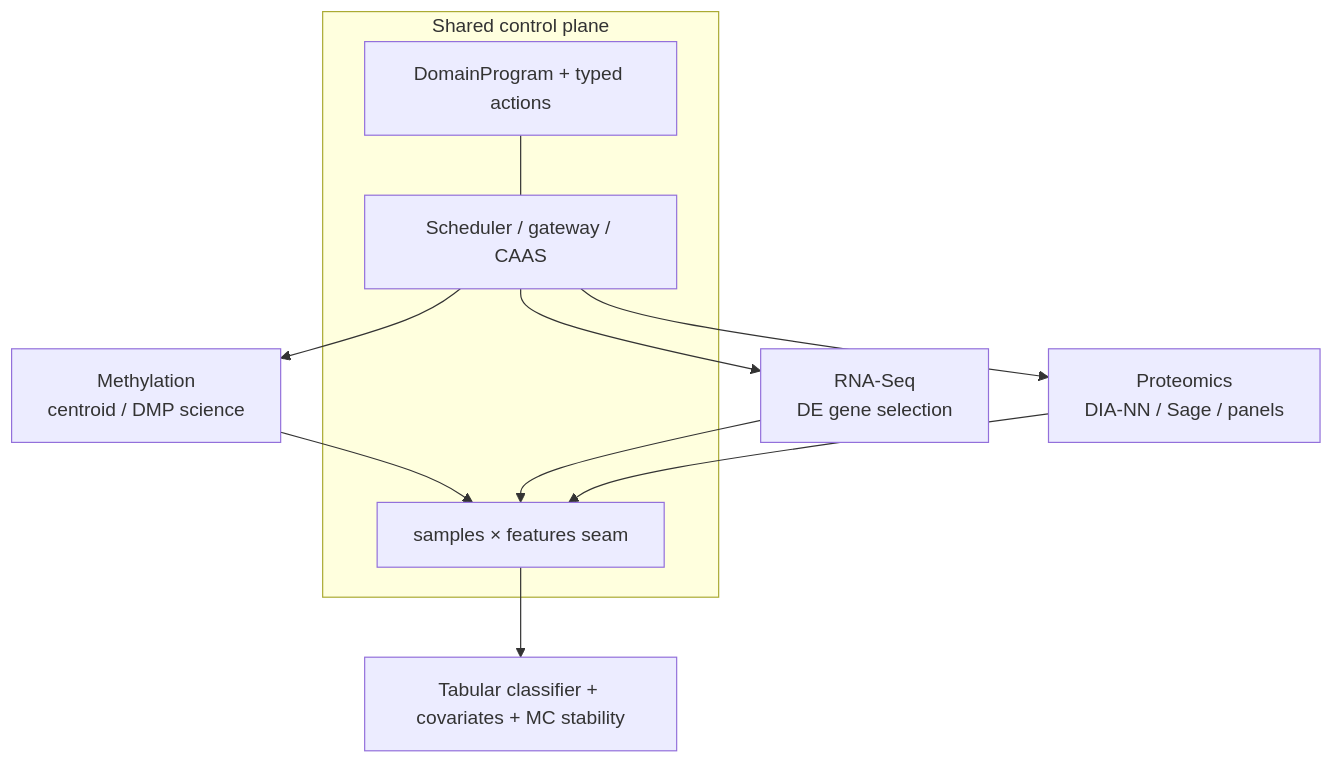
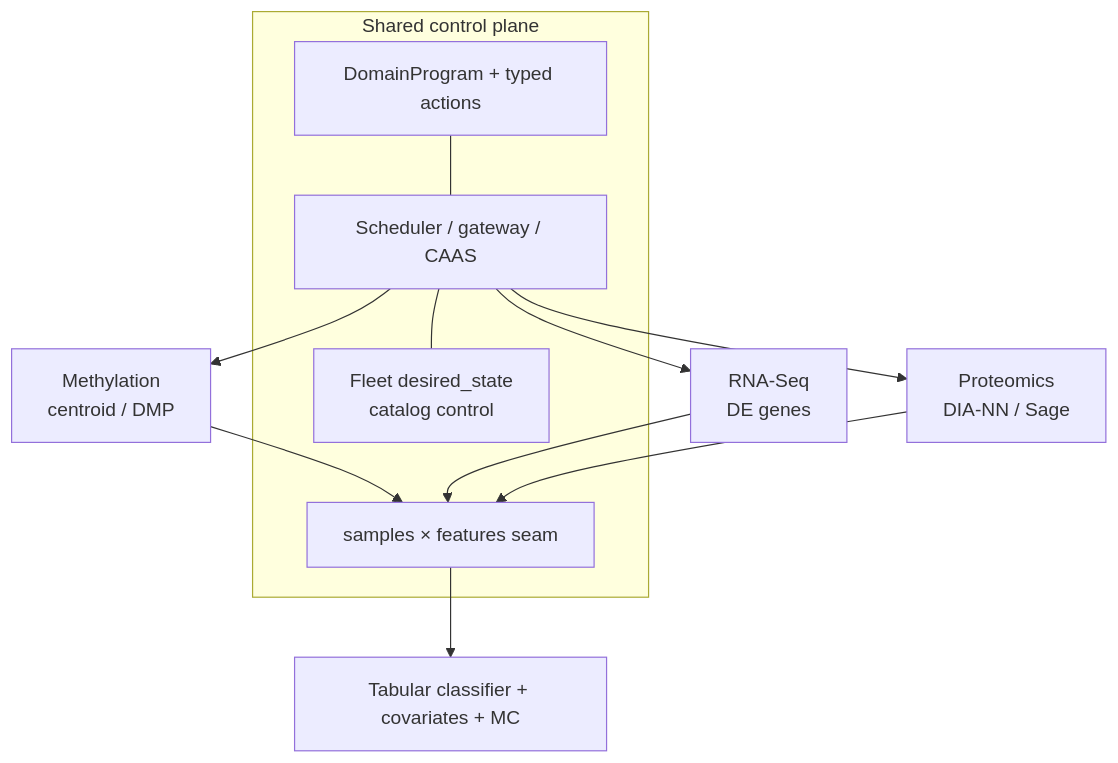
The seventh of 12 diagrams in docs/presentations/regulatory-ready-platform-multiomics.md (Goliath-Research/GoliathWorkflow), drawn with Mermaid before and after one commit. The commit also changed other lines of this file and 2 other files, not shown here.

````diff
--- a/docs/presentations/regulatory-ready-platform-multiomics.md
+++ b/docs/presentations/regulatory-ready-platform-multiomics.md
@@ -238,15 +270,17 @@
 ```mermaid
 %% mp:interactive
 flowchart TB
   subgraph shared["Shared control plane"]
     DP["DomainProgram + typed actions"]
     SCH["Scheduler / gateway / CAAS"]
+    CTL["Fleet desired_state<br/>catalog control"]
     FEAT["samples × features seam"]
   end
-  METH["Methylation<br/>centroid / DMP science"] --> FEAT
-  RNA["RNA-Seq<br/>DE gene selection"] --> FEAT
-  PROT["Proteomics<br/>DIA-NN / Sage / panels"] --> FEAT
-  FEAT --> CLF["Tabular classifier + covariates + MC stability"]
+  METH["Methylation<br/>centroid / DMP"] --> FEAT
+  RNA["RNA-Seq<br/>DE genes"] --> FEAT
+  PROT["Proteomics<br/>DIA-NN / Sage"] --> FEAT
+  FEAT --> CLF["Tabular classifier + covariates + MC"]
   DP --- SCH
+  SCH --- CTL
   SCH --> METH & RNA & PROT
 ```
````
